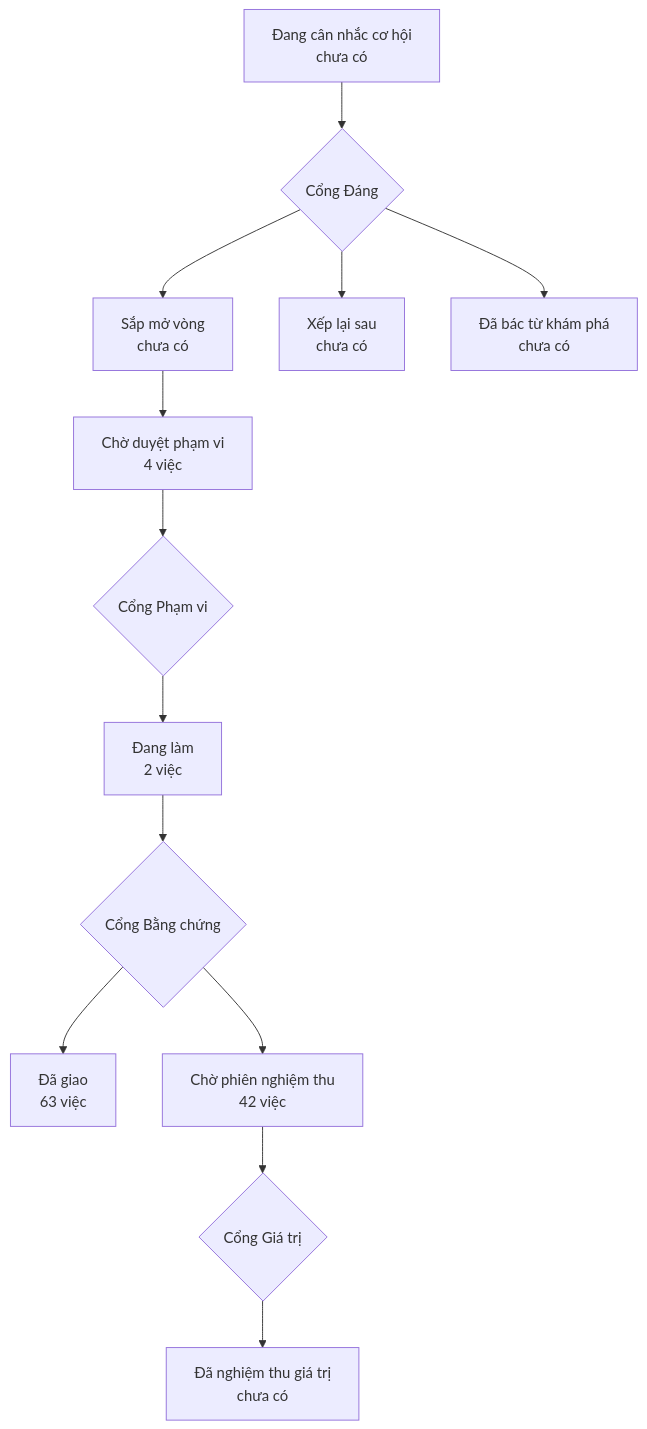
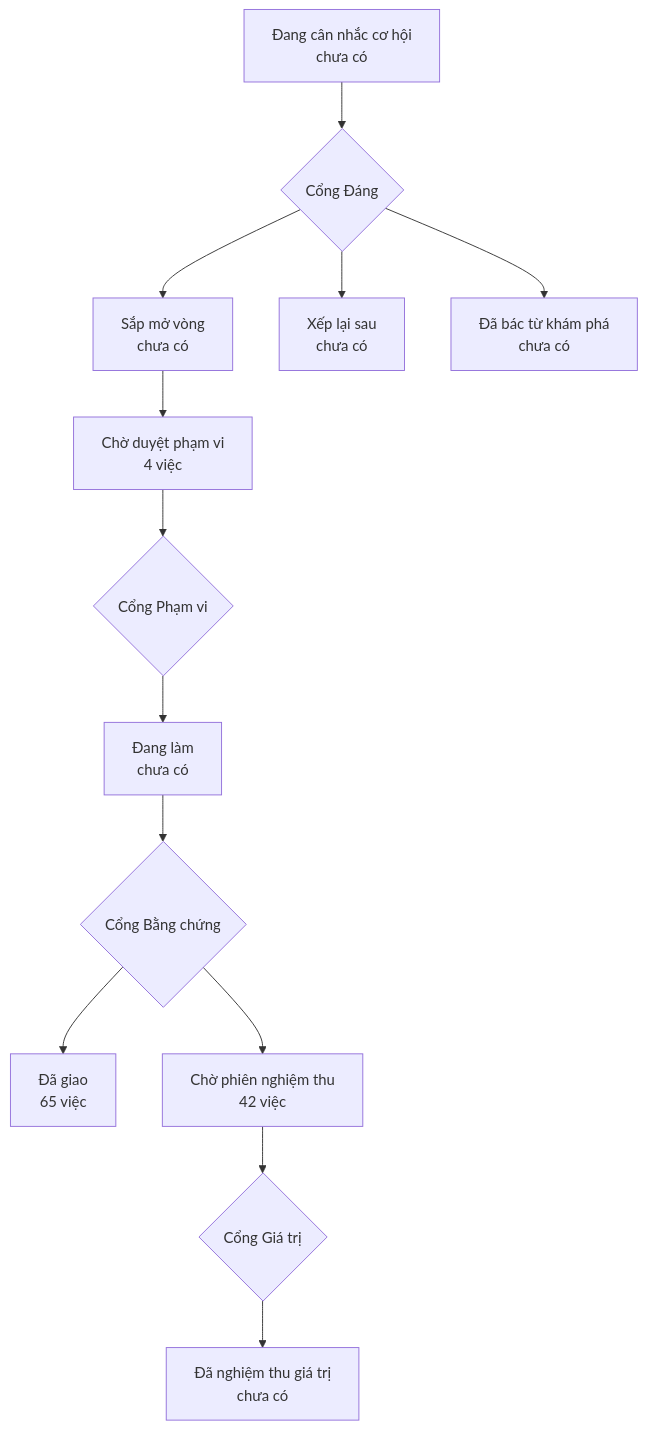
The diagram in PRODUCT-MAP.md (phanlemanh/onehub-invest), drawn with Mermaid before and after one commit. The commit also changed other lines of this file and 11 other files, not shown here.

````diff
--- a/PRODUCT-MAP.md
+++ b/PRODUCT-MAP.md
@@ -7,12 +7,12 @@
 ```mermaid
 flowchart TD
   A["Đang cân nhắc cơ hội<br/>chưa có"] --> GD{"Cổng Đáng"}
   GD --> B["Sắp mở vòng<br/>chưa có"]
   GD --> XL["Xếp lại sau<br/>chưa có"]
   GD --> DB["Đã bác từ khám phá<br/>chưa có"]
   B --> CD["Chờ duyệt phạm vi<br/>4 việc"] --> GP{"Cổng Phạm vi"}
-  GP --> DL["Đang làm<br/>2 việc"] --> GB{"Cổng Bằng chứng"}
-  GB --> DG["Đã giao<br/>63 việc"]
+  GP --> DL["Đang làm<br/>chưa có"] --> GB{"Cổng Bằng chứng"}
+  GB --> DG["Đã giao<br/>65 việc"]
   GB --> CN["Chờ phiên nghiệm thu<br/>42 việc"] --> GG{"Cổng Giá trị"}
   GG --> NT["Đã nghiệm thu giá trị<br/>chưa có"]
 ```
````
